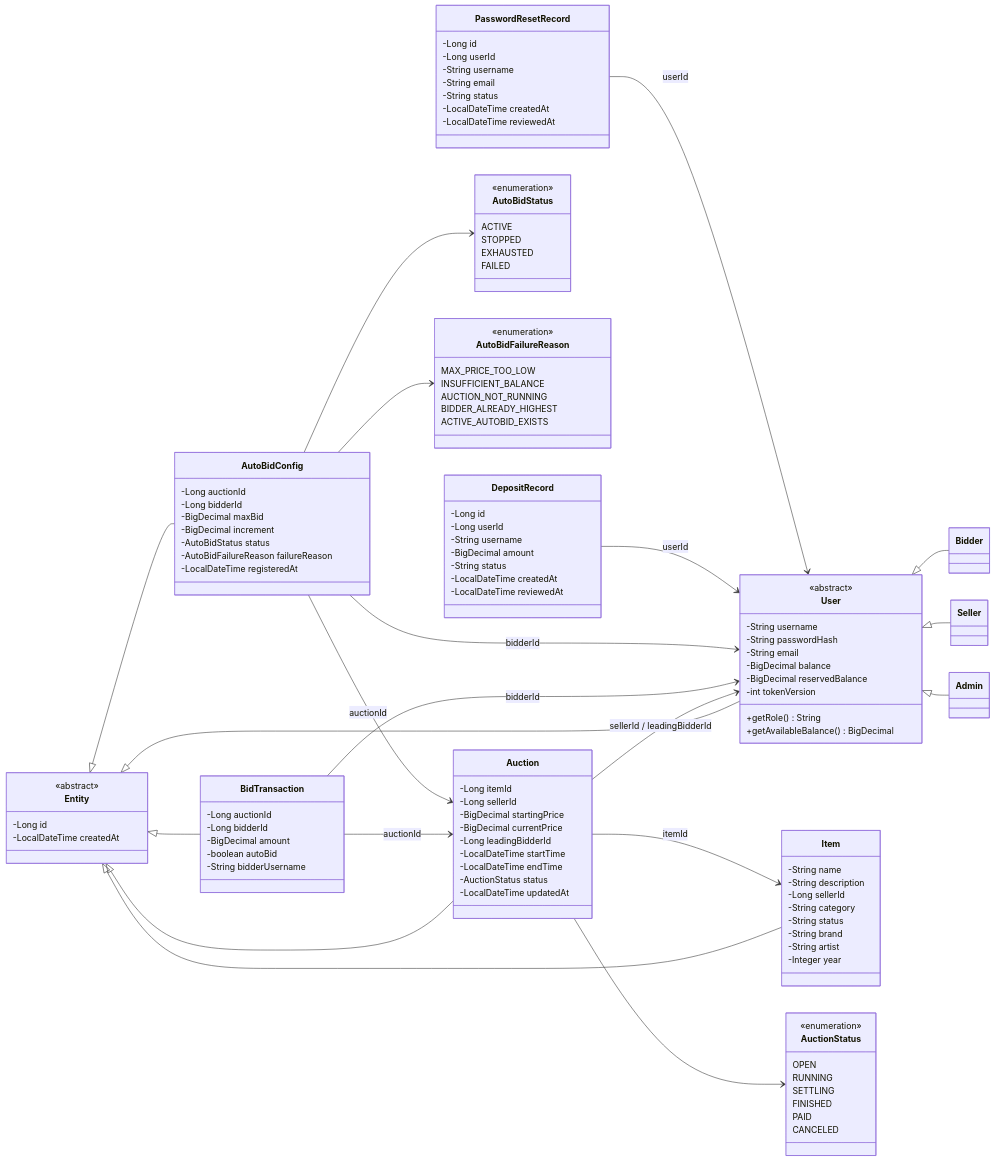
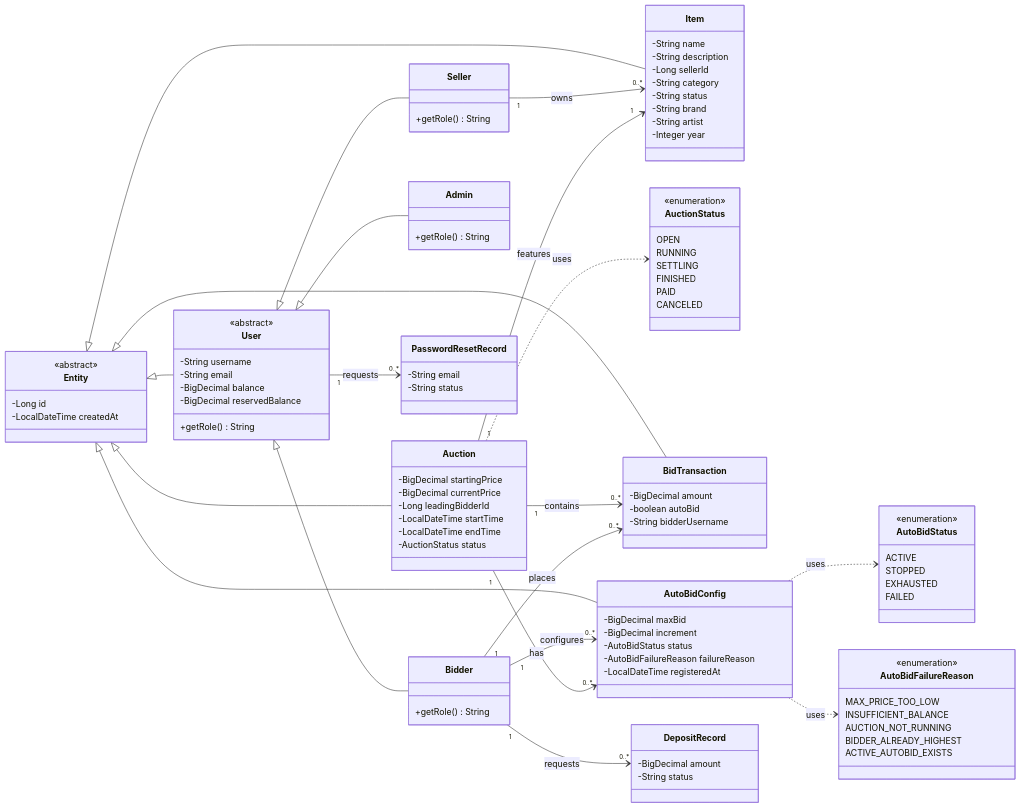
One commit to kieran-labs/oop-course-project-uet changed the first of 5 diagrams in README.md. Above: the diagram before and after it, drawn with Mermaid. The commit also changed other lines of this file, not shown here.

Commit message:
docs: align README content with current implementation

````diff
--- a/README.md
+++ b/README.md
@@ -117,18 +94,20 @@
     class User {
         <<abstract>>
         -String username
-        -String passwordHash
         -String email
         -BigDecimal balance
         -BigDecimal reservedBalance
-        -int tokenVersion
         +getRole() String
-        +getAvailableBalance() BigDecimal
     }
-
-    class Bidder
-    class Seller
-    class Admin
+    class Bidder {
+        +getRole() String
+    }
+    class Seller {
+        +getRole() String
+    }
+    class Admin {
+        +getRole() String
+    }
 
     class Item {
         -String name
@@ -150,37 +129,6 @@
         PAID
         CANCELED
     }
-
-    class Auction {
-        -Long itemId
-        -Long sellerId
-        -BigDecimal startingPrice
-        -BigDecimal currentPrice
-        -Long leadingBidderId
-        -LocalDateTime startTime
-        -LocalDateTime endTime
-        -AuctionStatus status
-        -LocalDateTime updatedAt
-    }
-
-    class BidTransaction {
-        -Long auctionId
-        -Long bidderId
-        -BigDecimal amount
-        -boolean autoBid
-        -String bidderUsername
-    }
-
-    class AutoBidConfig {
-        -Long auctionId
-        -Long bidderId
-        -BigDecimal maxBid
-        -BigDecimal increment
-        -AutoBidStatus status
-        -AutoBidFailureReason failureReason
-        -LocalDateTime registeredAt
-    }
-
     class AutoBidStatus {
         <<enumeration>>
         ACTIVE
@@ -188,7 +136,6 @@
         EXHAUSTED
         FAILED
     }
-
     class AutoBidFailureReason {
         <<enumeration>>
         MAX_PRICE_TOO_LOW
@@ -198,24 +145,33 @@
         ACTIVE_AUTOBID_EXISTS
     }
 
+    class Auction {
+        -BigDecimal startingPrice
+        -BigDecimal currentPrice
+        -Long leadingBidderId
+        -LocalDateTime startTime
+        -LocalDateTime endTime
+        -AuctionStatus status
+    }
+    class BidTransaction {
+        -BigDecimal amount
+        -boolean autoBid
+        -String bidderUsername
+    }
+    class AutoBidConfig {
+        -BigDecimal maxBid
+        -BigDecimal increment
+        -AutoBidStatus status
+        -AutoBidFailureReason failureReason
+        -LocalDateTime registeredAt
+    }
     class DepositRecord {
-        -Long id
-        -Long userId
-        -String username
         -BigDecimal amount
         -String status
-        -LocalDateTime createdAt
-        -LocalDateTime reviewedAt
     }
-
     class PasswordResetRecord {
-        -Long id
-        -Long userId
-        -String username
         -String email
         -String status
-        -LocalDateTime createdAt
-        -LocalDateTime reviewedAt
     }
 
     Entity <|-- User
@@ -228,15 +184,16 @@
     User <|-- Seller
     User <|-- Admin
 
-    Auction --> AuctionStatus
-    AutoBidConfig --> AutoBidStatus
-    AutoBidConfig --> AutoBidFailureReason
-    Auction --> Item : itemId
-    Auction --> User : sellerId / leadingBidderId
-    BidTransaction --> Auction : auctionId
-    BidTransaction --> User : bidderId
-    AutoBidConfig --> Auction : auctionId
-    AutoBidConfig --> User : bidderId
-    DepositRecord --> User : userId
-    PasswordResetRecord --> User : userId
+    Auction ..> AuctionStatus : uses
+    AutoBidConfig ..> AutoBidStatus : uses
+    AutoBidConfig ..> AutoBidFailureReason : uses
+
+    Seller "1" --> "0..*" Item : owns
+    Auction "1" --> "1" Item : features
+    Auction "1" --> "0..*" BidTransaction : contains
+    Bidder "1" --> "0..*" BidTransaction : places
+    Bidder "1" --> "0..*" AutoBidConfig : configures
+    Auction "1" --> "0..*" AutoBidConfig : has
+    Bidder "1" --> "0..*" DepositRecord : requests
+    User "1" --> "0..*" PasswordResetRecord : requests
 ```
````
